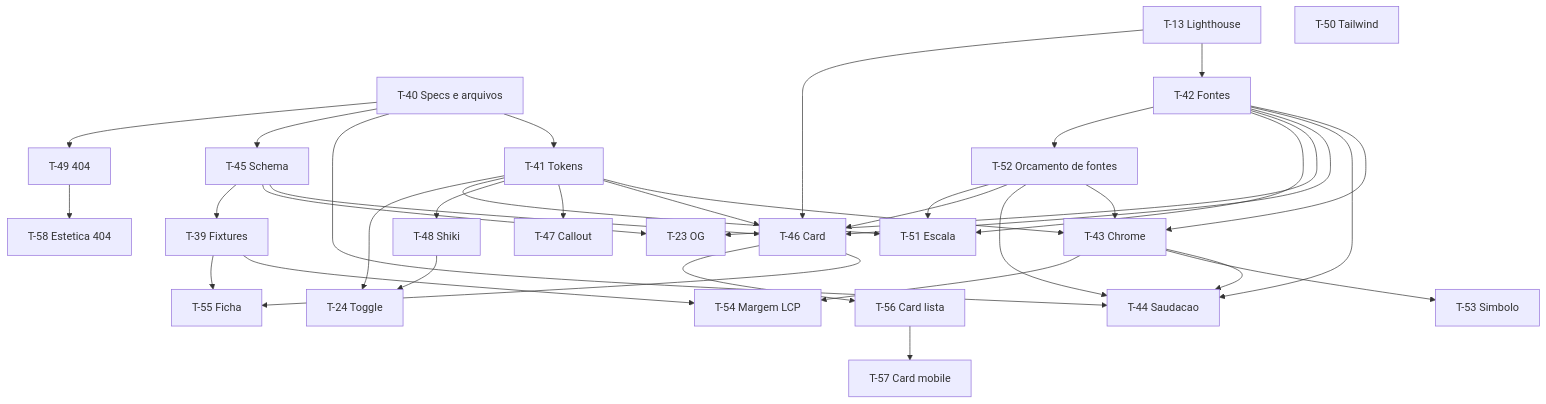
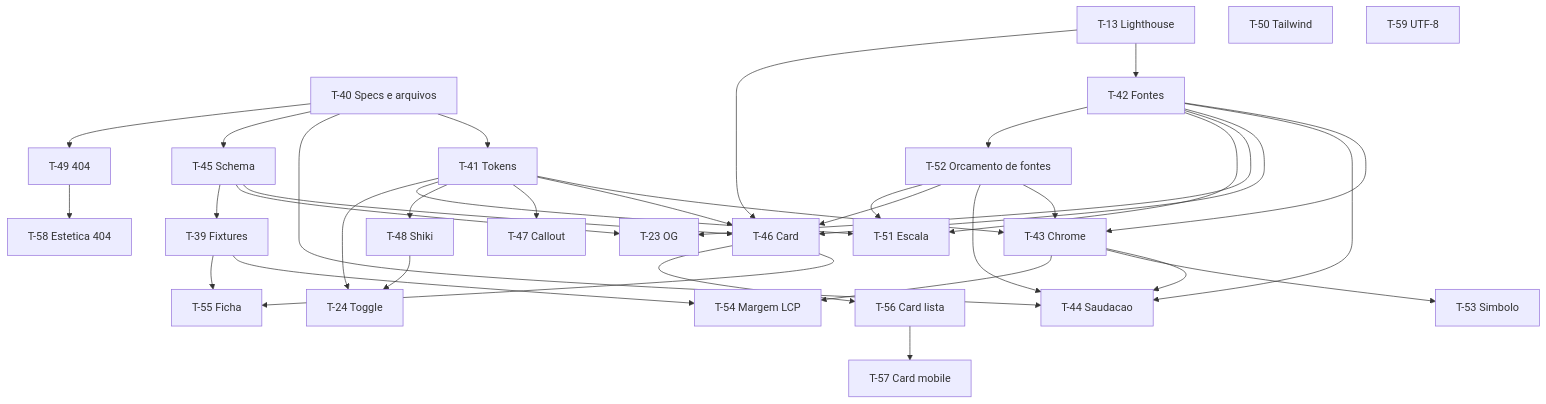
The second of 2 diagrams in specs/ROADMAP.md (Pedroknoll/blog_pedro-knoll), drawn with Mermaid before and after one commit. The commit also changed other lines of this file and 7 other files, not shown here.

````diff
--- a/specs/ROADMAP.md
+++ b/specs/ROADMAP.md
@@ -86,61 +86,62 @@
 ```mermaid
 flowchart TD
   T40[T-40 Specs e arquivos]
   T41[T-41 Tokens]
   T13[T-13 Lighthouse]
   T42[T-42 Fontes]
   T51[T-51 Escala]
   T52[T-52 Orcamento de fontes]
   T43[T-43 Chrome]
   T44[T-44 Saudacao]
   T45[T-45 Schema]
   T46[T-46 Card]
   T47[T-47 Callout]
   T48[T-48 Shiki]
   T49[T-49 404]
   T50[T-50 Tailwind]
   T23[T-23 OG]
   T24[T-24 Toggle]
   T39[T-39 Fixtures]
   T53[T-53 Simbolo]
   T54[T-54 Margem LCP]
   T55[T-55 Ficha]
   T56[T-56 Card lista]
   T57[T-57 Card mobile]
   T58[T-58 Estetica 404]
+  T59[T-59 UTF-8]
   T40 --> T41
   T40 --> T44
   T40 --> T45
   T40 --> T49
   T13 --> T42
   T41 --> T43
   T42 --> T43
   T43 --> T44
   T42 --> T44
   T13 --> T46
   T41 --> T46
   T42 --> T46
   T45 --> T46
   T41 --> T47
   T41 --> T48
   T45 --> T23
   T42 --> T23
   T42 --> T51
   T41 --> T51
   T42 --> T52
   T52 --> T43
   T52 --> T44
   T52 --> T46
   T52 --> T51
   T45 --> T39
   T41 --> T24
   T48 --> T24
   T43 --> T53
   T43 --> T54
   T39 --> T54
   T39 --> T55
   T46 --> T55
   T46 --> T56
   T56 --> T57
   T49 --> T58
 ```
````
